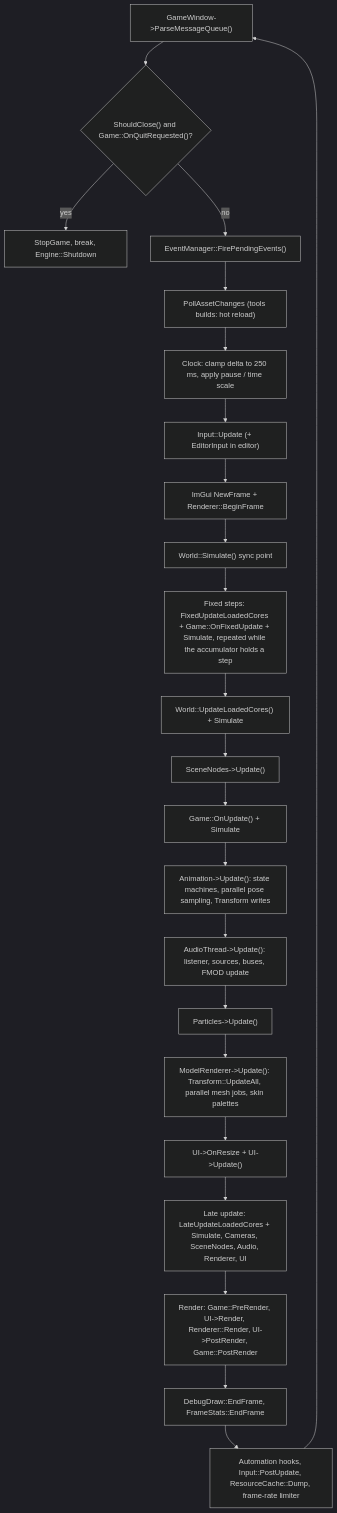
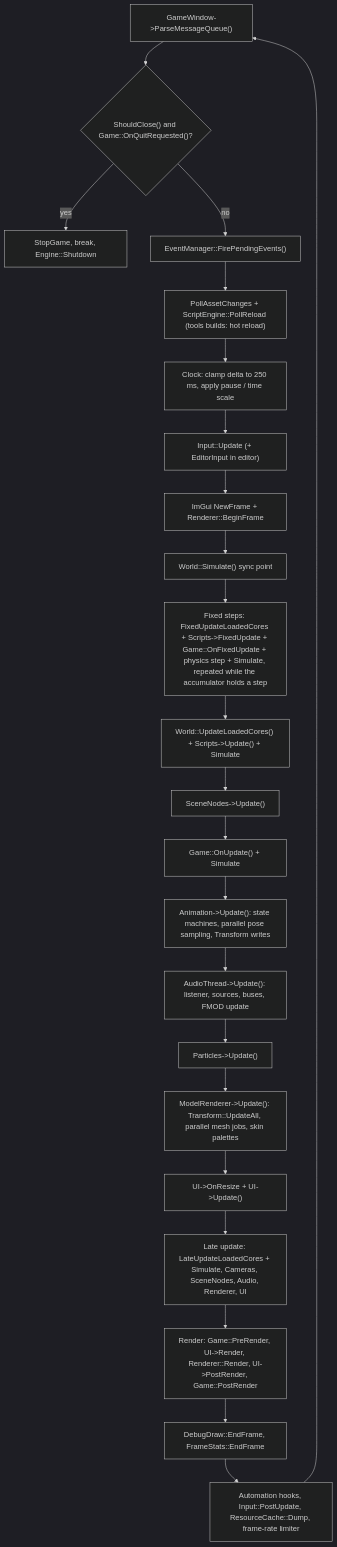
Before and after one commit to wobbier/MitchEngine: the second of 2 diagrams in Docs/Architecture.md, drawn with Mermaid (dark theme). The commit also changed other lines of this file and 6 other files, not shown here.

First line of the commit message:
📚 Docs: scripting v2 (CLI builds, codegen, hot reload, lifecycle, API)

````diff
--- a/Docs/Architecture.md
+++ b/Docs/Architecture.md
@@ -93,25 +93,25 @@
 ```mermaid
 flowchart TD
     A["GameWindow->ParseMessageQueue()"] --> B{"ShouldClose() and Game::OnQuitRequested()?"}
     B -- yes --> Z["StopGame, break, Engine::Shutdown"]
     B -- no --> C["EventManager::FirePendingEvents()"]
-    C --> C2["PollAssetChanges (tools builds: hot reload)"]
+    C --> C2["PollAssetChanges + ScriptEngine::PollReload (tools builds: hot reload)"]
     C2 --> D["Clock: clamp delta to 250 ms, apply pause / time scale"]
     D --> E["Input::Update (+ EditorInput in editor)"]
     E --> F["ImGui NewFrame + Renderer::BeginFrame"]
     F --> G["World::Simulate() sync point"]
-    G --> H["Fixed steps: FixedUpdateLoadedCores + Game::OnFixedUpdate + Simulate, repeated while the accumulator holds a step"]
-    H --> I["World::UpdateLoadedCores() + Simulate"]
+    G --> H["Fixed steps: FixedUpdateLoadedCores + Scripts->FixedUpdate + Game::OnFixedUpdate + physics step + Simulate, repeated while the accumulator holds a step"]
+    H --> I["World::UpdateLoadedCores() + Scripts->Update() + Simulate"]
     I --> J["SceneNodes->Update()"]
     J --> K["Game::OnUpdate() + Simulate"]
     K --> L2["Animation->Update(): state machines, parallel pose sampling, Transform writes"]
     L2 --> L["AudioThread->Update(): listener, sources, buses, FMOD update"]
     L --> L3["Particles->Update()"]
     L3 --> M["ModelRenderer->Update(): Transform::UpdateAll, parallel mesh jobs, skin palettes"]
     M --> N["UI->OnResize + UI->Update()"]
     N --> O["Late update: LateUpdateLoadedCores + Simulate, Cameras, SceneNodes, Audio, Renderer, UI"]
     O --> P["Render: Game::PreRender, UI->Render, Renderer::Render, UI->PostRender, Game::PostRender"]
     P --> P2["DebugDraw::EndFrame, FrameStats::EndFrame"]
     P2 --> Q["Automation hooks, Input::PostUpdate, ResourceCache::Dump, frame-rate limiter"]
     Q --> A
 ```
````
